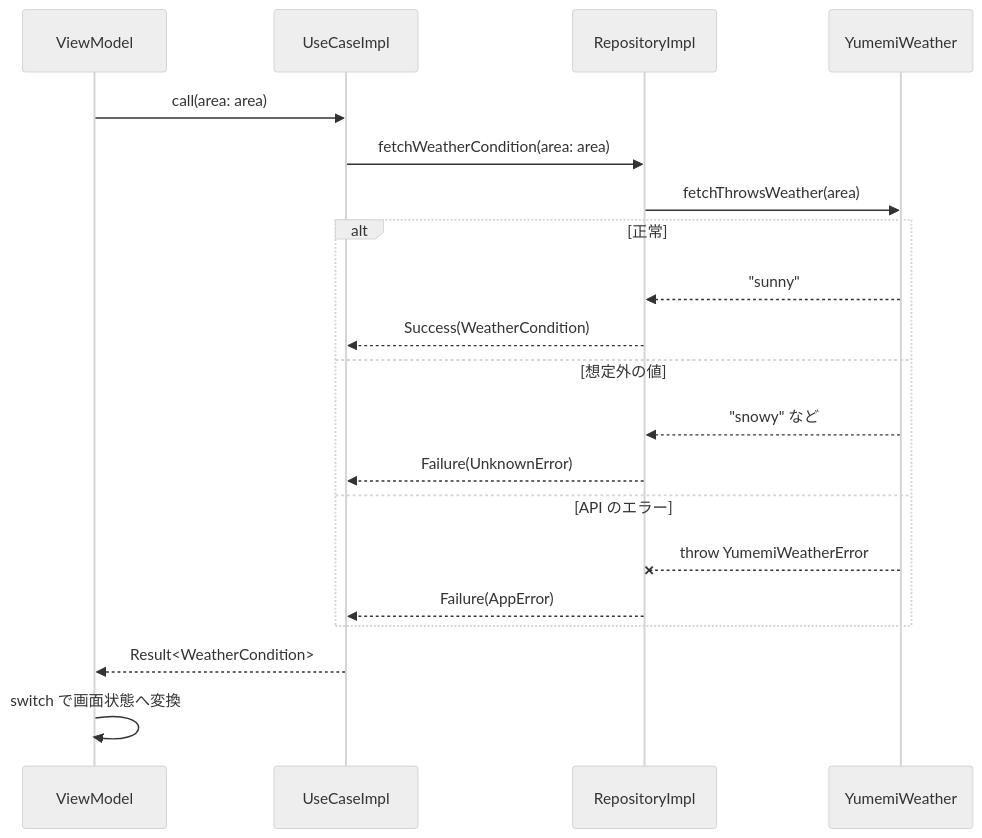
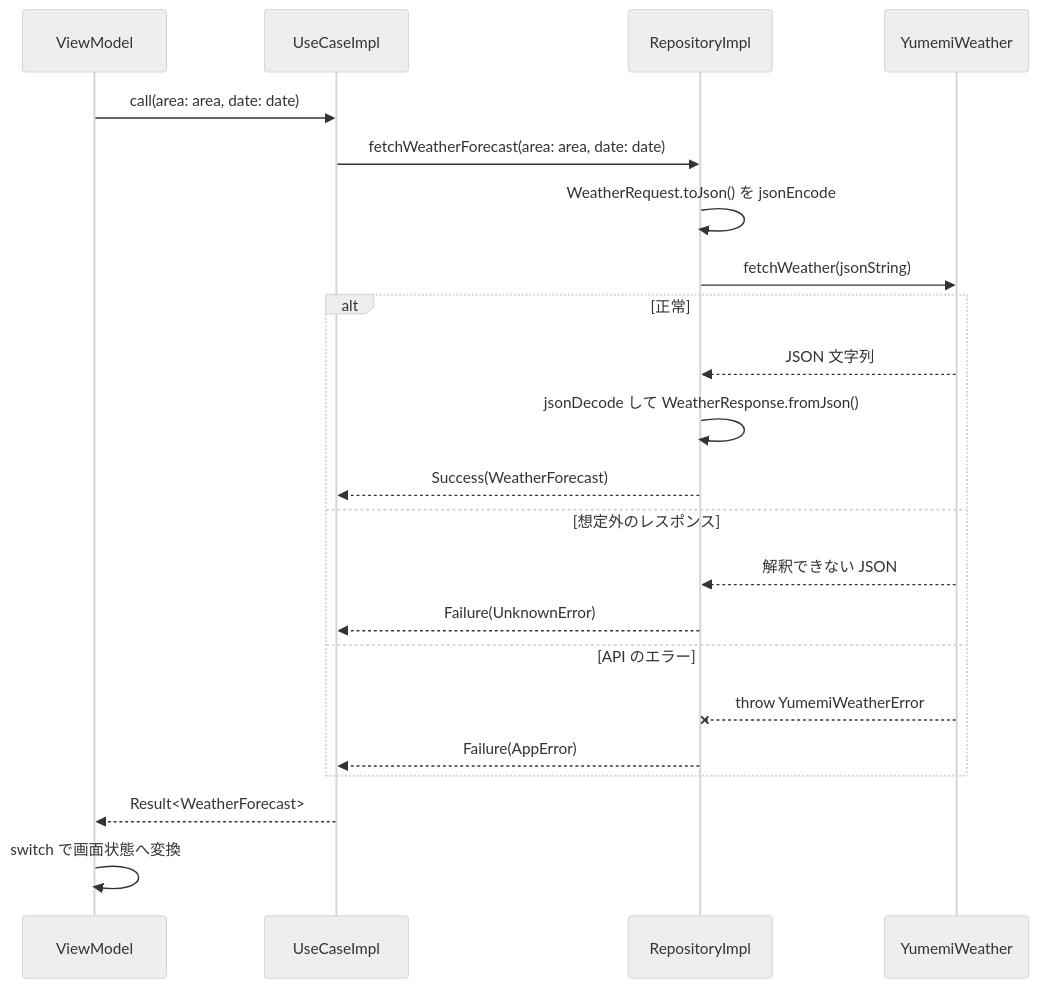
The second of 2 diagrams in docs/ARCHITECTURE.md (Ryosuke-Androiddev/flutter-training-rnikushi), drawn with Mermaid (neutral theme) before and after one commit. The commit also changed other lines of this file, not shown here.

Commit message:
ARCHITECTURE.md に JSON のシリアライズ方針と fetchWeather への切り替えを反映する

````diff
--- a/docs/ARCHITECTURE.md
+++ b/docs/ARCHITECTURE.md
@@ -113,23 +115,25 @@
 ```mermaid
 sequenceDiagram
   participant VM as ViewModel
   participant UC as UseCaseImpl
   participant R as RepositoryImpl
   participant API as YumemiWeather
 
-  VM->>UC: call(area: area)
-  UC->>R: fetchWeatherCondition(area: area)
-  R->>API: fetchThrowsWeather(area)
+  VM->>UC: call(area: area, date: date)
+  UC->>R: fetchWeatherForecast(area: area, date: date)
+  R->>R: WeatherRequest.toJson() を jsonEncode
+  R->>API: fetchWeather(jsonString)
   alt 正常
-    API-->>R: "sunny"
-    R-->>UC: Success(WeatherCondition)
-  else 想定外の値
-    API-->>R: "snowy" など
+    API-->>R: JSON 文字列
+    R->>R: jsonDecode して WeatherResponse.fromJson()
+    R-->>UC: Success(WeatherForecast)
+  else 想定外のレスポンス
+    API-->>R: 解釈できない JSON
     R-->>UC: Failure(UnknownError)
   else API のエラー
     API--xR: throw YumemiWeatherError
     R-->>UC: Failure(AppError)
   end
-  UC-->>VM: Result<WeatherCondition>
+  UC-->>VM: Result<WeatherForecast>
   VM->>VM: switch で画面状態へ変換
 ```
````
